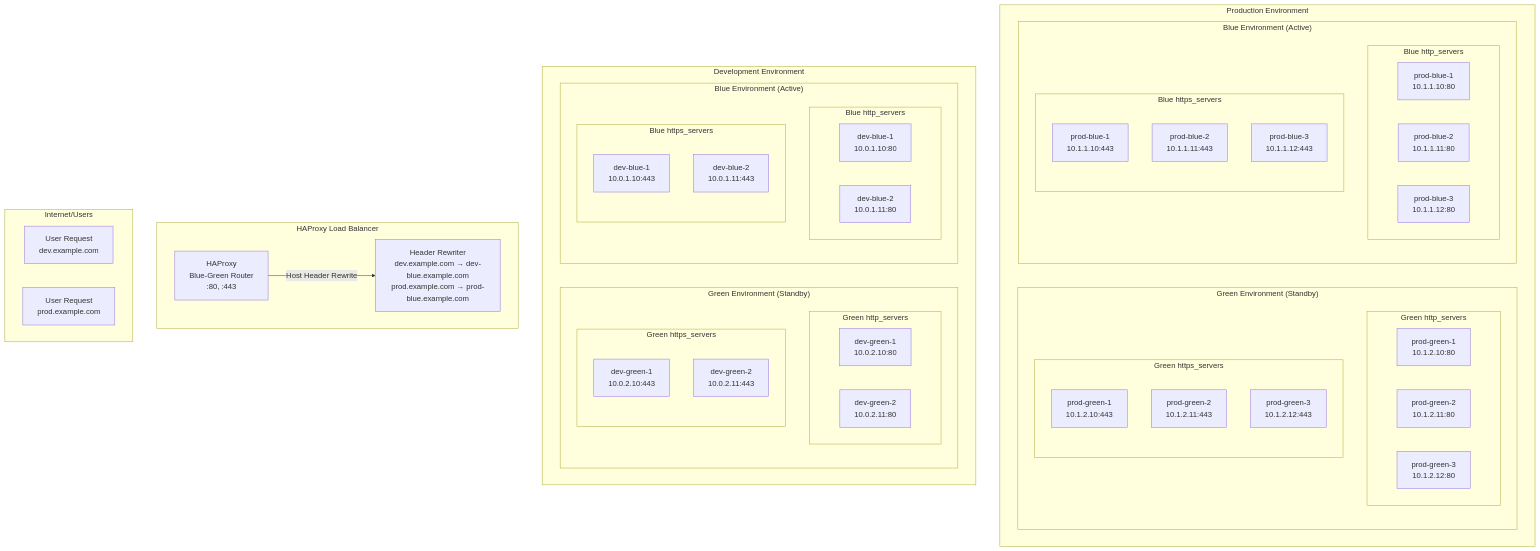
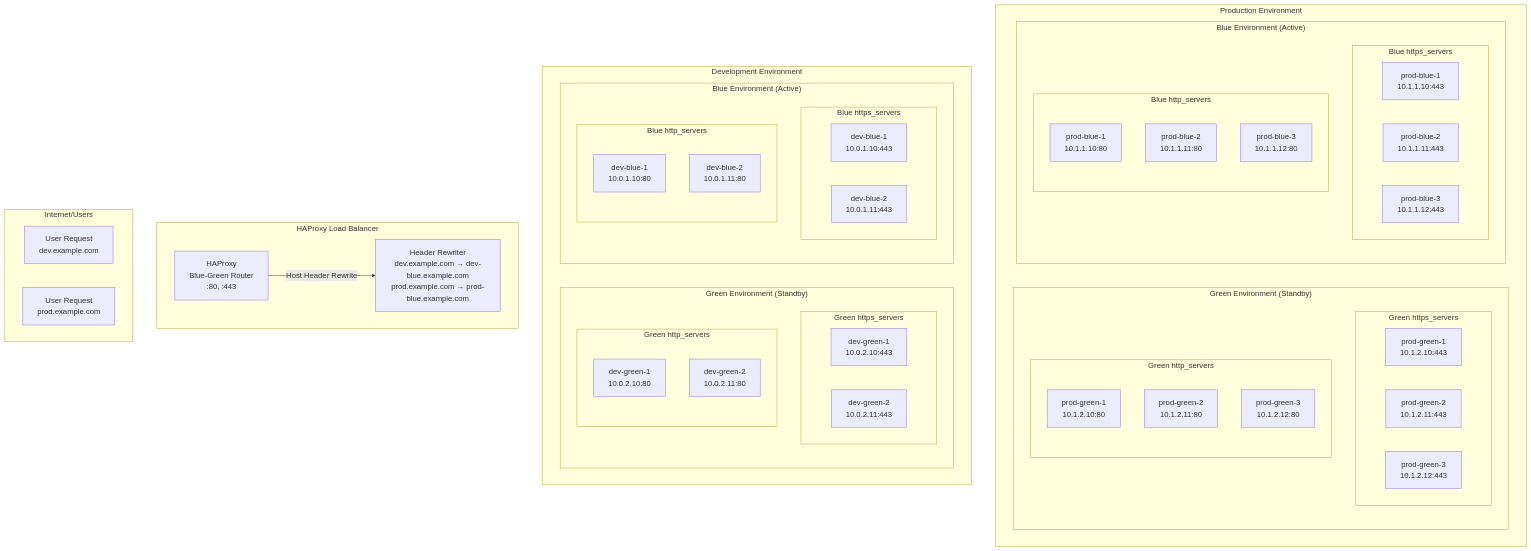
The diagram in HAPROXY-BLUE-GREEN-README.md (cadjai/ocp4-cluster-workload-migration), drawn with Mermaid before and after one commit.

Commit message:
edit diagram

````diff
--- a/HAPROXY-BLUE-GREEN-README.md
+++ b/HAPROXY-BLUE-GREEN-README.md
@@ -26,64 +26,62 @@
 ```mermaid
 graph TB
     subgraph "Production Environment"
         subgraph "Green Environment (Standby)"
+            subgraph "Green https_servers"
+                PG4[prod-green-1<br/>10.1.2.10:443]
+                PG5[prod-green-2<br/>10.1.2.11:443]
+                PG6[prod-green-3<br/>10.1.2.12:443]
+            end
             subgraph "Green http_servers"
                 PG1[prod-green-1<br/>10.1.2.10:80]
                 PG2[prod-green-2<br/>10.1.2.11:80]
                 PG3[prod-green-3<br/>10.1.2.12:80]
             end
-            
-            subgraph "Green https_servers"
-                PG4[prod-green-1<br/>10.1.2.10:443]
-                PG5[prod-green-2<br/>10.1.2.11:443]
-                PG6[prod-green-3<br/>10.1.2.12:443]
-            end
         end
         subgraph "Blue Environment (Active)"
+            subgraph "Blue https_servers"
+                PB4[prod-blue-1<br/>10.1.1.10:443]
+                PB5[prod-blue-2<br/>10.1.1.11:443]
+                PB6[prod-blue-3<br/>10.1.1.12:443]
+            end
             subgraph "Blue http_servers"
                 PB1[prod-blue-1<br/>10.1.1.10:80]
                 PB2[prod-blue-2<br/>10.1.1.11:80]
                 PB3[prod-blue-3<br/>10.1.1.12:80]
-            end
-            
-            subgraph "Blue https_servers"
-                PB4[prod-blue-1<br/>10.1.1.10:443]
-                PB5[prod-blue-2<br/>10.1.1.11:443]
-                PB6[prod-blue-3<br/>10.1.1.12:443]
             end
         end
     end
 
     subgraph "Development Environment"
         subgraph "Green Environment (Standby)"
+            subgraph "Green https_servers"
+                DG3[dev-green-1<br/>10.0.2.10:443]
+                DG4[dev-green-2<br/>10.0.2.11:443]
+            end
             subgraph "Green http_servers"
                 DG1[dev-green-1<br/>10.0.2.10:80]
                 DG2[dev-green-2<br/>10.0.2.11:80]
             end
-            subgraph "Green https_servers"
-                DG3[dev-green-1<br/>10.0.2.10:443]
-                DG4[dev-green-2<br/>10.0.2.11:443]
-            end
         end
         subgraph "Blue Environment (Active)"
+            subgraph "Blue https_servers"
+                DB3[dev-blue-1<br/>10.0.1.10:443]
+                DB4[dev-blue-2<br/>10.0.1.11:443]
+            end
             subgraph "Blue http_servers"
                 DB1[dev-blue-1<br/>10.0.1.10:80]
                 DB2[dev-blue-2<br/>10.0.1.11:80]
-            end
-            subgraph "Blue https_servers"
-                DB3[dev-blue-1<br/>10.0.1.10:443]
-                DB4[dev-blue-2<br/>10.0.1.11:443]
             end
         end
     end
     
     subgraph "HAProxy Load Balancer"
         H[HAProxy<br/>Blue-Green Router<br/>:80, :443]
         H --> |"Host Header Rewrite"| HR[Header Rewriter<br/>dev.example.com → dev-blue.example.com<br/>prod.example.com → prod-blue.example.com]
     end
     
     subgraph "Internet/Users"
         U1[User Request<br/>dev.example.com]
         U2[User Request<br/>prod.example.com]
     end
 ```
````
